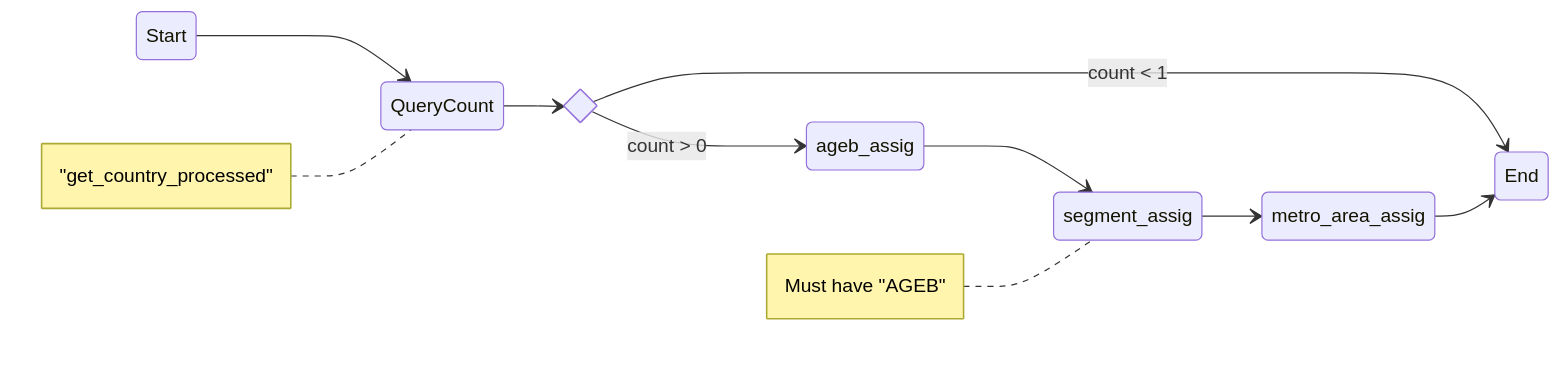
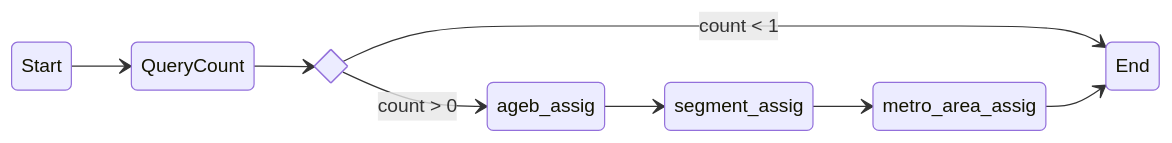
The third of 4 diagrams in README.md (gusVG/EDAi), drawn with Mermaid before and after one commit.

````diff
--- a/README.md
+++ b/README.md
@@ -55,18 +55,12 @@
 ```mermaid
 stateDiagram
 direction  LR
   state branch <<choice>>
   Start --> QueryCount
-  note left of QueryCount
-    "get_country_processed"
-  end note
   QueryCount --> branch
   branch --> ageb_assig: count > 0
   branch --> End: count < 1
   ageb_assig --> segment_assig
-  note left of segment_assig
-    Must have "AGEB"
-  end note
   segment_assig --> metro_area_assig
   metro_area_assig --> End
 ```
````
